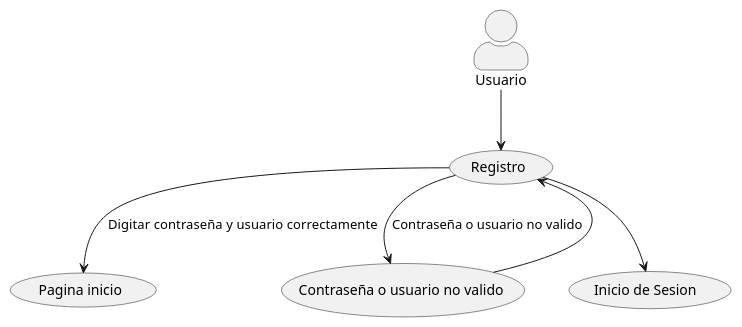
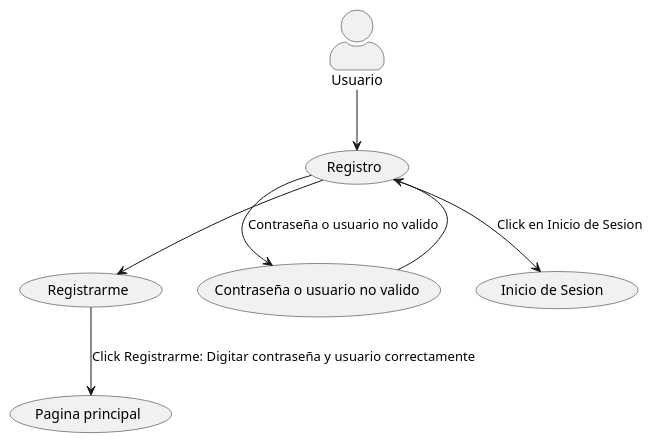
The diagram in Regi-1.puml (DDSlayer64/Casos-Uso), drawn with PlantUML before and after one commit. The commit also changed 6 other files, not shown here.

```diff
--- a/Regi-1.puml
+++ b/Regi-1.puml
@@ -1,18 +1,20 @@
 @startuml CasosDeUso
 skinparam actorStyle awesome
 
 :Usuario: as usuario 
 (Registro) as re
-(Pagina inicio) as inicio 
+(Registrarme) as regi
+(Pagina principal) as principal 
 (Contraseña o usuario no valido) as Cu
 (Inicio de Sesion ) as is 
 
 
-re --> inicio : Digitar contraseña y usuario  correctamente
+re --> regi 
+regi --> principal :Click Registrarme: Digitar contraseña y usuario  correctamente
 usuario --> re
 re --> Cu : Contraseña o usuario no valido 
 Cu --> re
-re --> is
+re --> is :Click en Inicio de Sesion 
 
 
 @enduml
```
